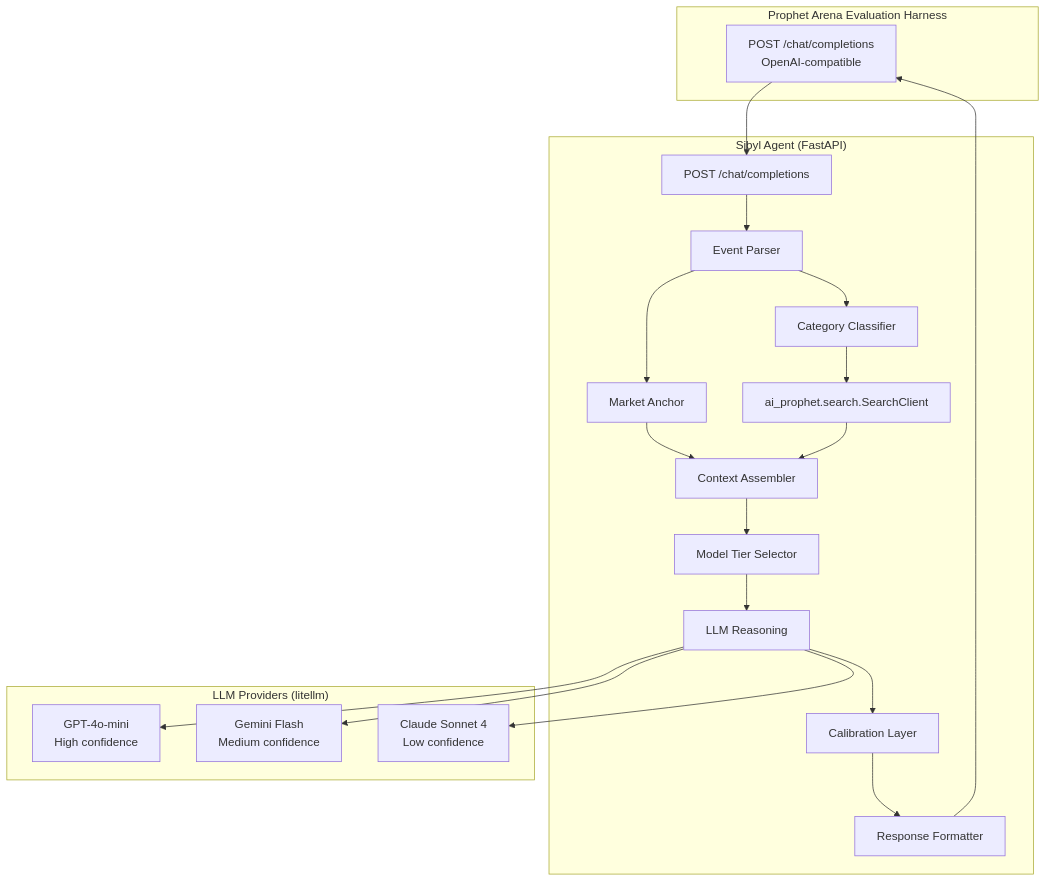
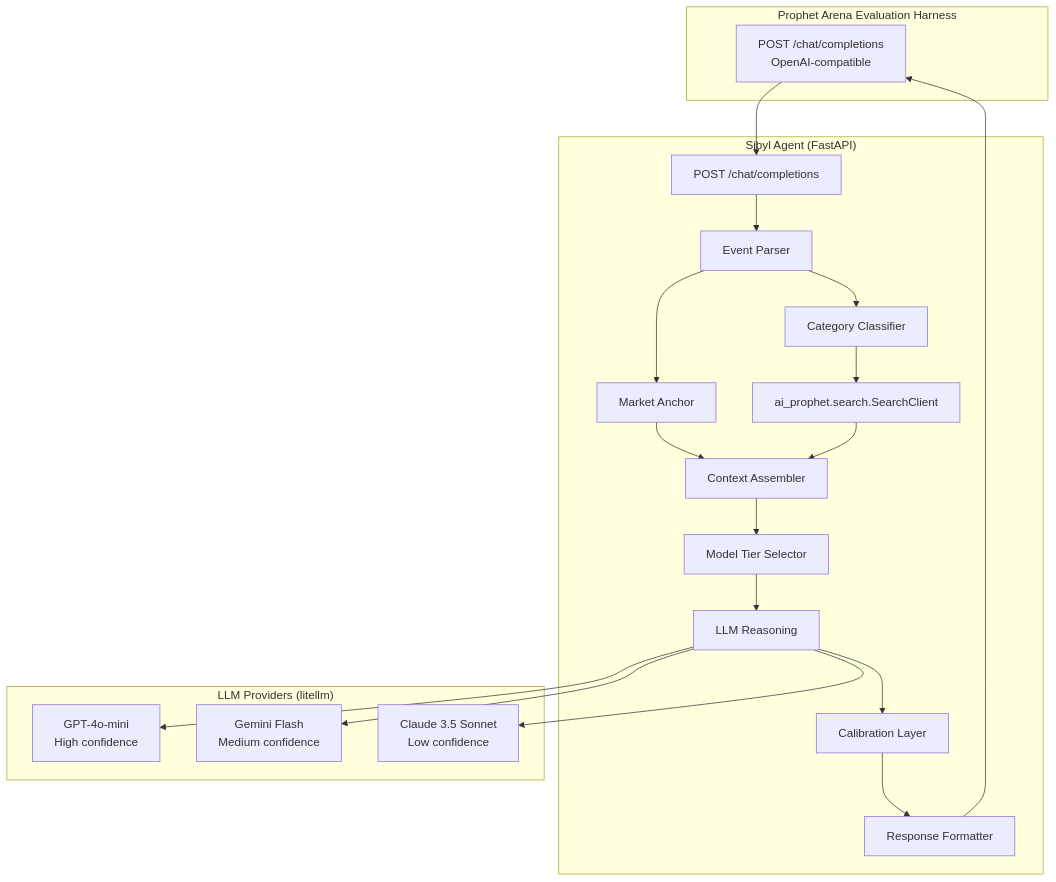
The diagram in README.md (edycutjong/sibyl), drawn with Mermaid before and after one commit. The commit also changed other lines of this file and 30 other files, not shown here.

````diff
--- a/README.md
+++ b/README.md
@@ -60,39 +60,39 @@
 ```mermaid
 graph TB
     subgraph "Prophet Arena Evaluation Harness"
         PA["POST /chat/completions<br>OpenAI-compatible"]
     end
 
     subgraph "Sibyl Agent (FastAPI)"
         EP1["POST /chat/completions"]
         PARSE["Event Parser"]
         CC["Category Classifier"]
         MA["Market Anchor"]
         SC["ai_prophet.search.SearchClient"]
         CA["Context Assembler"]
         MT["Model Tier Selector"]
         LLM["LLM Reasoning"]
         CL["Calibration Layer"]
         FMT["Response Formatter"]
     end
 
     subgraph "LLM Providers (litellm)"
         MINI["GPT-4o-mini<br>High confidence"]
         FLASH["Gemini Flash<br>Medium confidence"]
-        OPUS["Claude Sonnet 4<br>Low confidence"]
+        OPUS["Claude 3.5 Sonnet<br>Low confidence"]
     end
 
     PA --> EP1
     EP1 --> PARSE
     PARSE --> CC
     PARSE --> MA
     CC --> SC
     MA --> CA
     SC --> CA
     CA --> MT
     MT --> LLM
     LLM --> MINI & FLASH & OPUS
     LLM --> CL
     CL --> FMT
     FMT --> PA
 ```
````
